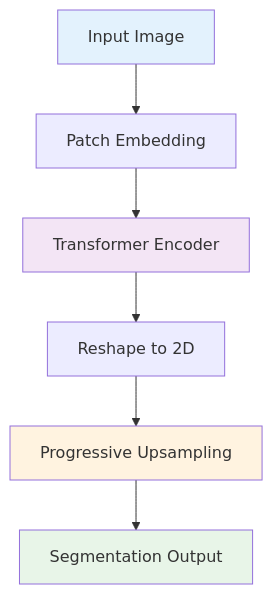
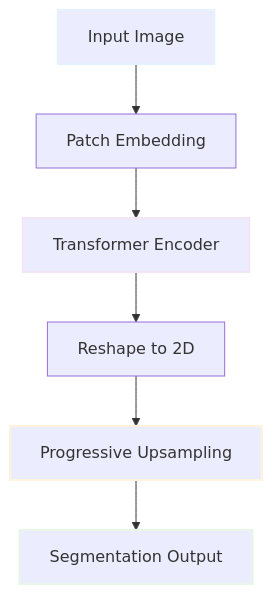
The first of 2 diagrams in 스터디/IS_06_attention_mechanisms.md (c0z0c/sprint_mission), drawn with Mermaid before and after one commit. The commit also changed other lines of this file and 14 other files, not shown here.

````diff
--- a/스터디/IS_06_attention_mechanisms.md
+++ b/스터디/IS_06_attention_mechanisms.md
@@ -112,13 +112,13 @@
 ```mermaid
 graph TB
     A["Input Image"] --> B["Patch Embedding"]
     B --> C["Transformer Encoder"]
     C --> D["Reshape to 2D"]
     D --> E["Progressive Upsampling"]
     E --> F["Segmentation Output"]
     
-    style A fill:#e3f2fd
-    style C fill:#f3e5f5
-    style E fill:#fff3e0
-    style F fill:#e8f5e8
+    style A stroke-width:2px,stroke:#e3f2fd
+    style C stroke-width:2px,stroke:#f3e5f5
+    style E stroke-width:2px,stroke:#fff3e0
+    style F stroke-width:2px,stroke:#e8f5e8
 ```
````
